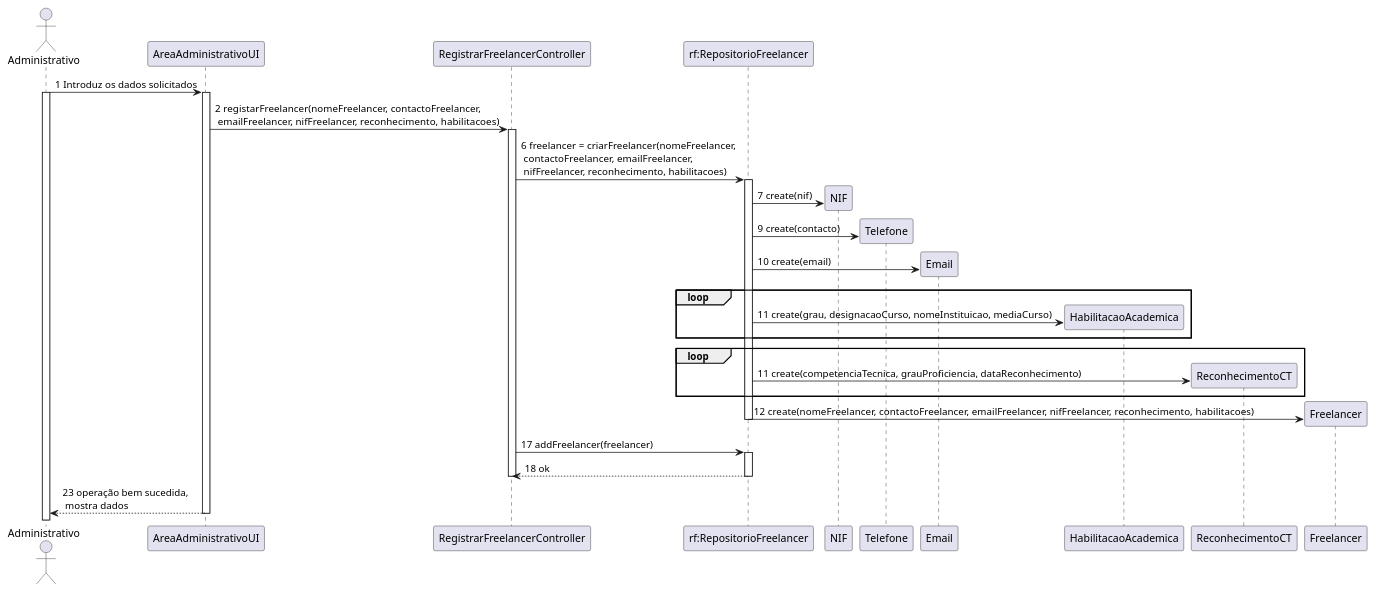
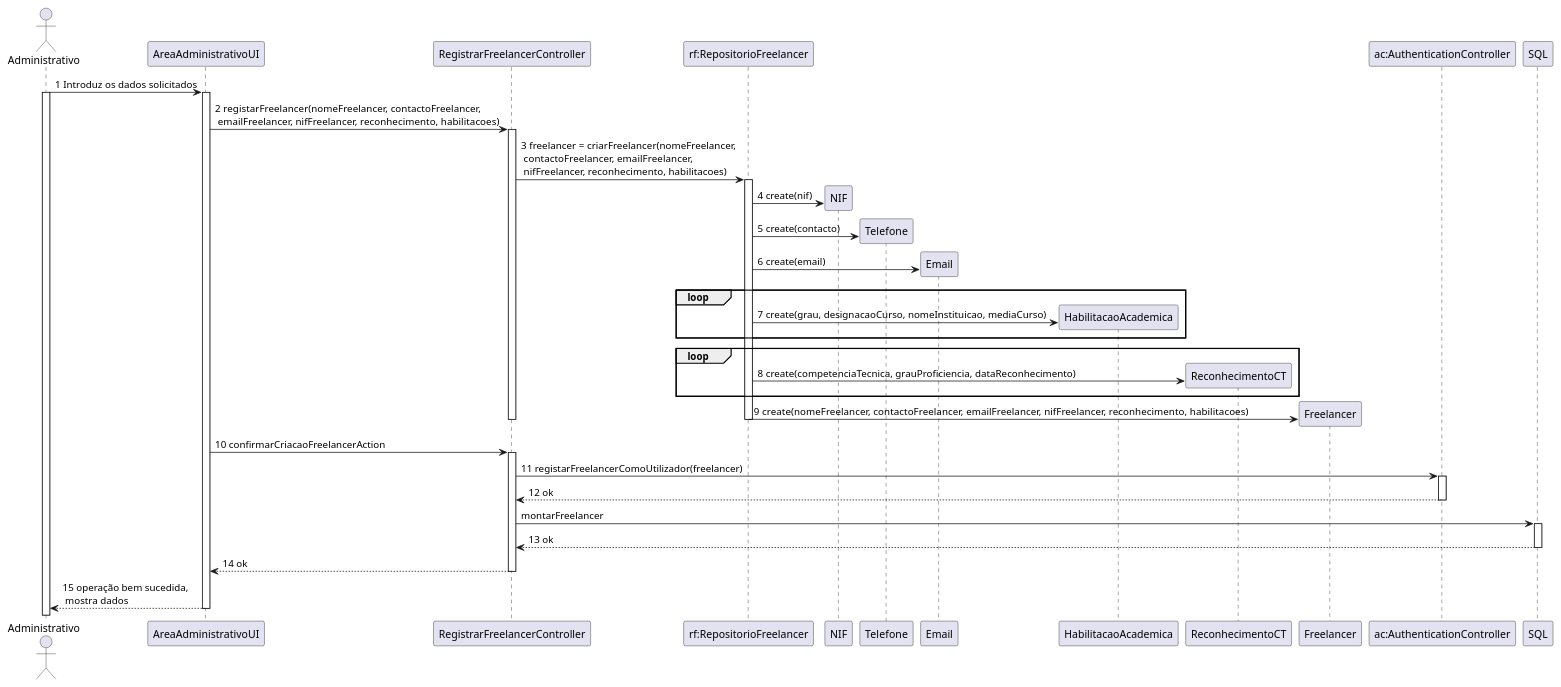
One commit to pedro-miguez/upskill_java1_labprg_grupo3 changed the diagram in Análise/UC7_Registar_Freelancer/UC7_SD/UC7_SD.plantuml. Above: the diagram before and after it, drawn with PlantUML. The commit also changed 3 other files, not shown here.

```diff
--- a/Análise/UC7_Registar_Freelancer/UC7_SD/UC7_SD.plantuml
+++ b/Análise/UC7_Registar_Freelancer/UC7_SD/UC7_SD.plantuml
@@ -1,28 +1,36 @@
 @startuml 
 actor Administrativo as Administrativo
 Administrativo -> "AreaAdministrativoUI" : 1 Introduz os dados solicitados
 activate Administrativo
 activate "AreaAdministrativoUI"
 "AreaAdministrativoUI" -> "RegistrarFreelancerController" : 2 registarFreelancer(nomeFreelancer, contactoFreelancer,\n emailFreelancer, nifFreelancer, reconhecimento, habilitacoes)
 activate "RegistrarFreelancerController"
-"RegistrarFreelancerController" -> "rf:RepositorioFreelancer" : 6 freelancer = criarFreelancer(nomeFreelancer,\n contactoFreelancer, emailFreelancer,\n nifFreelancer, reconhecimento, habilitacoes)
+"RegistrarFreelancerController" -> "rf:RepositorioFreelancer" : 3 freelancer = criarFreelancer(nomeFreelancer,\n contactoFreelancer, emailFreelancer,\n nifFreelancer, reconhecimento, habilitacoes)
 activate "rf:RepositorioFreelancer"
-"rf:RepositorioFreelancer" -> NIF ** : 7 create(nif)
-"rf:RepositorioFreelancer" -> Telefone ** : 9 create(contacto)
-"rf:RepositorioFreelancer" -> Email ** : 10 create(email)
+"rf:RepositorioFreelancer" -> NIF ** : 4 create(nif)
+"rf:RepositorioFreelancer" -> Telefone ** : 5 create(contacto)
+"rf:RepositorioFreelancer" -> Email ** : 6 create(email)
 group loop
-"rf:RepositorioFreelancer" -> HabilitacaoAcademica ** : 11 create(grau, designacaoCurso, nomeInstituicao, mediaCurso)
+"rf:RepositorioFreelancer" -> HabilitacaoAcademica ** : 7 create(grau, designacaoCurso, nomeInstituicao, mediaCurso)
 end
 group loop
-    "rf:RepositorioFreelancer" -> ReconhecimentoCT ** : 11 create(competenciaTecnica, grauProficiencia, dataReconhecimento)
+    "rf:RepositorioFreelancer" -> ReconhecimentoCT ** : 8 create(competenciaTecnica, grauProficiencia, dataReconhecimento)
 end
-"rf:RepositorioFreelancer" -> Freelancer ** : 12 create(nomeFreelancer, contactoFreelancer, emailFreelancer, nifFreelancer, reconhecimento, habilitacoes)
-deactivate "rf:RepositorioFreelancer"
-"RegistrarFreelancerController" -> "rf:RepositorioFreelancer" : 17 addFreelancer(freelancer)
-activate "rf:RepositorioFreelancer"
-"RegistrarFreelancerController" <-- "rf:RepositorioFreelancer" : 18 ok
+"rf:RepositorioFreelancer" -> Freelancer ** : 9 create(nomeFreelancer, contactoFreelancer, emailFreelancer, nifFreelancer, reconhecimento, habilitacoes)
 deactivate "rf:RepositorioFreelancer"
 deactivate "RegistrarFreelancerController"
-"AreaAdministrativoUI" --> Administrativo : 23 operação bem sucedida, \n mostra dados
+"AreaAdministrativoUI" -> RegistrarFreelancerController : 10 confirmarCriacaoFreelancerAction
+activate RegistrarFreelancerController
+"RegistrarFreelancerController" -> "ac:AuthenticationController" : 11 registarFreelancerComoUtilizador(freelancer)
+activate "ac:AuthenticationController"
+"RegistrarFreelancerController" <-- "ac:AuthenticationController" : 12 ok
+deactivate "ac:AuthenticationController"
+"RegistrarFreelancerController" -> "SQL" : montarFreelancer
+activate "SQL"
+"RegistrarFreelancerController" <-- "SQL" : 13 ok
+deactivate "SQL"
+RegistrarFreelancerController --> AreaAdministrativoUI : 14 ok
+deactivate "RegistrarFreelancerController"
+"AreaAdministrativoUI" --> Administrativo : 15 operação bem sucedida, \n mostra dados
 deactivate "AreaAdministrativoUI"
 @enduml
```
